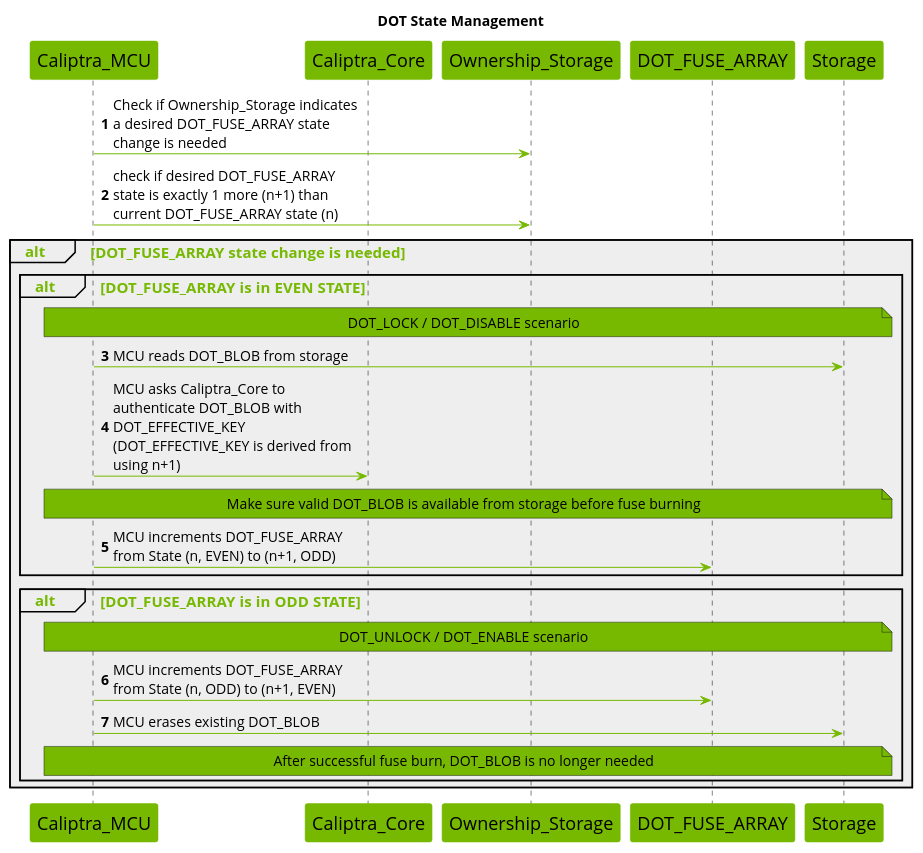
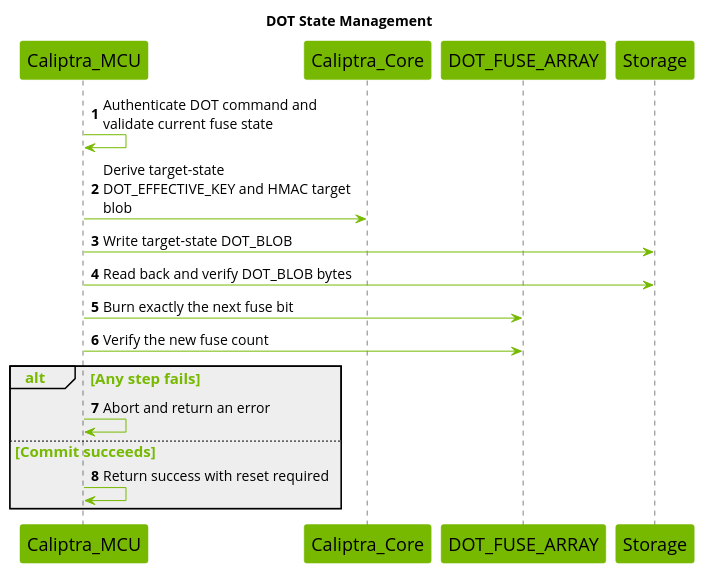
The fifth of 9 diagrams in docs/src/dot.md (chipsalliance/caliptra-mcu-sw), drawn with PlantUML before and after one commit. The commit also changed other lines of this file and 8 other files, not shown here.

Commit message:
dot: document direct runtime command flow

````diff
--- a/docs/src/dot.md
+++ b/docs/src/dot.md
@@ -740,56 +752,49 @@
 ```plantuml
 @startuml
 
 title DOT State Management
 
 skinparam maxMessageSize 250
 skinparam wrapWidth 700
 skinparam backgroundColor white
 skinparam NoteBackgroundColor #76b900
 skinparam NoteFontSize 14
 skinparam SequenceGroupBodyBackgroundColor #EEEEEE
 skinparam defaultFontName Open Sans
 
 skinparam sequence {
     ArrowColor #76b900
     ActorBorderColor #76b900
     LifeLineBorderColor #000000
     LifeLineBackgroundColor #76b900
     GroupHeaderFontsize 15
     GroupHeaderFontColor #76b900
     GroupFontSize 15
     GroupFontColor #76b900
     ArrowFontSize 15
     ParticipantBorderColor #76b900
     ParticipantBackgroundColor #76b900
     ParticipantFontSize 18
     ParticipantFontColor black
     ArrowFontSize 14
 }
 
 participant Caliptra_MCU
 participant Caliptra_Core
-participant Ownership_Storage
 participant DOT_FUSE_ARRAY
 participant Storage
 
 autonumber
-Caliptra_MCU -> Ownership_Storage : Check if Ownership_Storage indicates a desired DOT_FUSE_ARRAY state change is needed
-Caliptra_MCU -> Ownership_Storage : check if desired DOT_FUSE_ARRAY state is exactly 1 more (n+1) than current DOT_FUSE_ARRAY state (n)
-alt DOT_FUSE_ARRAY state change is needed
-    alt DOT_FUSE_ARRAY is in EVEN STATE
-        note across : DOT_LOCK / DOT_DISABLE scenario
-        Caliptra_MCU -> Storage : MCU reads DOT_BLOB from storage
-        Caliptra_MCU -> Caliptra_Core : MCU asks Caliptra_Core to authenticate DOT_BLOB with DOT_EFFECTIVE_KEY (DOT_EFFECTIVE_KEY is derived from using n+1)
-        note across : Make sure valid DOT_BLOB is available from storage before fuse burning
-        Caliptra_MCU -> DOT_FUSE_ARRAY : MCU increments DOT_FUSE_ARRAY from State (n, EVEN) to (n+1, ODD)
-    end
-    alt DOT_FUSE_ARRAY is in ODD STATE
-        note across : DOT_UNLOCK / DOT_ENABLE scenario
-        Caliptra_MCU -> DOT_FUSE_ARRAY : MCU increments DOT_FUSE_ARRAY from State (n, ODD) to (n+1, EVEN)
-        Caliptra_MCU -> Storage : MCU erases existing DOT_BLOB
-        note across : After successful fuse burn, DOT_BLOB is no longer needed
-    end
+Caliptra_MCU -> Caliptra_MCU : Authenticate DOT command and validate current fuse state
+Caliptra_MCU -> Caliptra_Core : Derive target-state DOT_EFFECTIVE_KEY and HMAC target blob
+Caliptra_MCU -> Storage : Write target-state DOT_BLOB
+Caliptra_MCU -> Storage : Read back and verify DOT_BLOB bytes
+Caliptra_MCU -> DOT_FUSE_ARRAY : Burn exactly the next fuse bit
+Caliptra_MCU -> DOT_FUSE_ARRAY : Verify the new fuse count
+alt Any step fails
+    Caliptra_MCU -> Caliptra_MCU : Abort and return an error
+else Commit succeeds
+    Caliptra_MCU -> Caliptra_MCU : Return success with reset required
 end
 @enduml
 ```
````
